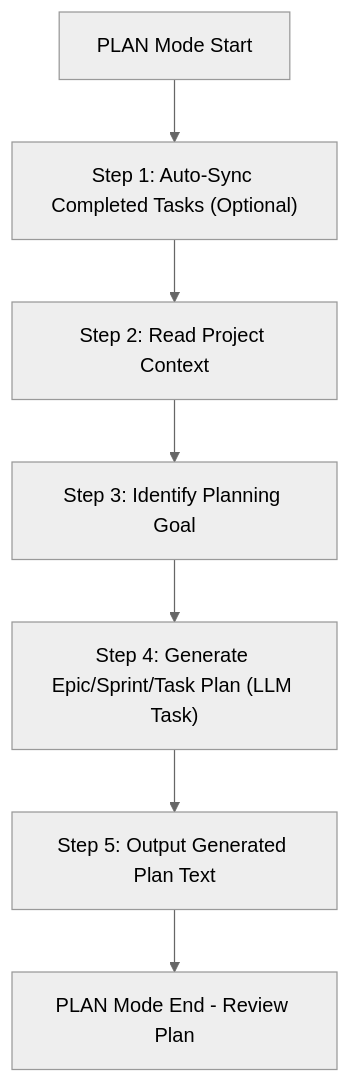
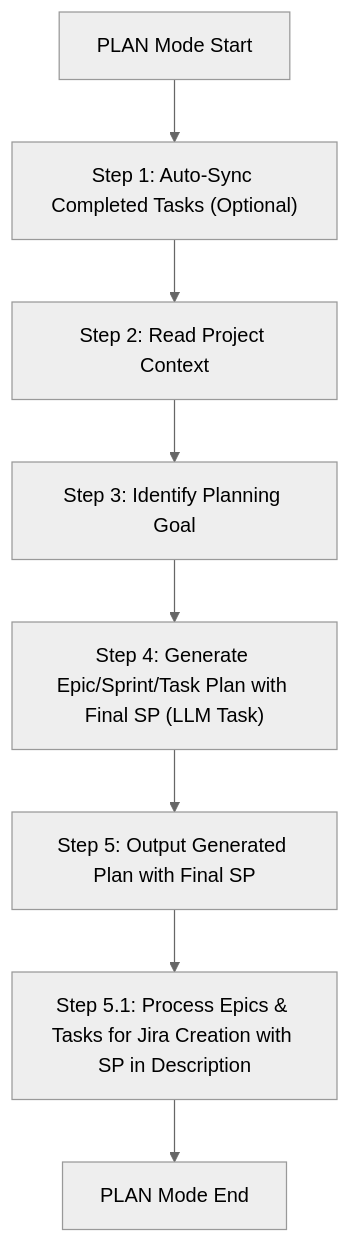
One commit to ms-moar/cursor-tools changed the diagram in .cursor/rules/isolation_rules/visual-maps/plan-mode-map.mdc. Above: the diagram before and after it, drawn with Mermaid (neutral theme). The commit also changed other lines of this file and 2 other files, not shown here.

````diff
--- a/.cursor/rules/isolation_rules/visual-maps/plan-mode-map.mdc
+++ b/.cursor/rules/isolation_rules/visual-maps/plan-mode-map.mdc
@@ -13,9 +13,10 @@
 ```mermaid
 graph TD
     Start["PLAN Mode Start"] --> AutoSync["Step 1: Auto-Sync Completed Tasks (Optional)"]
     AutoSync --> ReadContext["Step 2: Read Project Context"]
     ReadContext --> IdentifyGoal["Step 3: Identify Planning Goal"]
-    IdentifyGoal --> GeneratePlan["Step 4: Generate Epic/Sprint/Task Plan (LLM Task)"]
-    GeneratePlan --> OutputPlan["Step 5: Output Generated Plan Text"]
-    OutputPlan --> End["PLAN Mode End - Review Plan"]
+    IdentifyGoal --> GeneratePlanWithSP["Step 4: Generate Epic/Sprint/Task Plan with Final SP (LLM Task)"]
+    GeneratePlanWithSP --> OutputPlan["Step 5: Output Generated Plan with Final SP"]
+    OutputPlan --> JiraSync["Step 5.1: Process Epics & Tasks for Jira Creation with SP in Description"]
+    JiraSync --> End["PLAN Mode End"]
 ```
````
